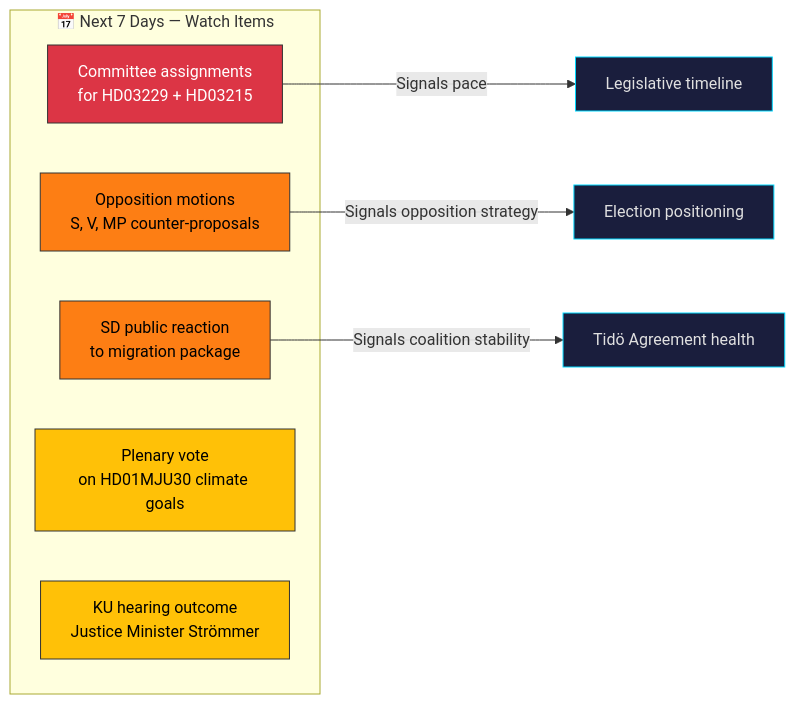
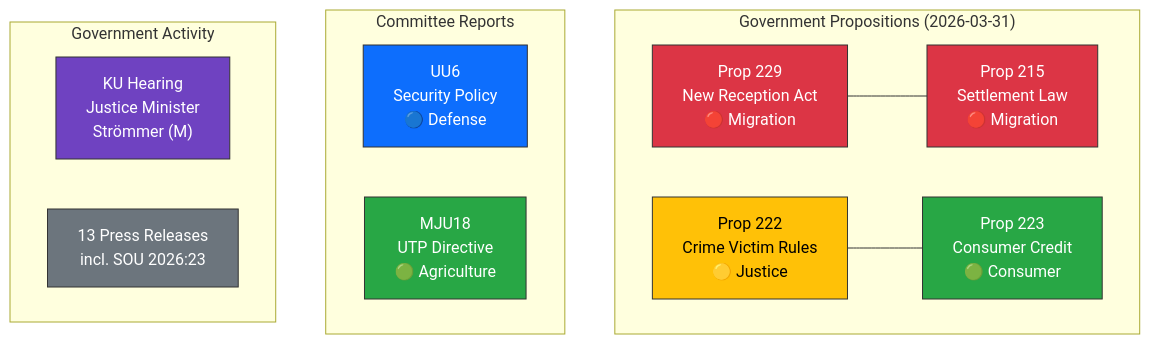
Before and after one commit to Hack23/riksdagsmonitor: the diagram in analysis/daily/2026-03-31/synthesis-summary.md, drawn with Mermaid. The commit also changed other lines of this file and 16 other files, not shown here.

````diff
--- a/analysis/daily/2026-03-31/synthesis-summary.md
+++ b/analysis/daily/2026-03-31/synthesis-summary.md
@@ -84,23 +18,27 @@
 ```mermaid
-graph LR
-    subgraph "📅 Next 7 Days — Watch Items"
-        W1["Committee assignments<br/>for HD03229 + HD03215"]
-        W2["Opposition motions<br/>S, V, MP counter-proposals"]
-        W3["SD public reaction<br/>to migration package"]
-        W4["Plenary vote<br/>on HD01MJU30 climate goals"]
-        W5["KU hearing outcome<br/>Justice Minister Strömmer"]
+graph TD
+    subgraph "Government Propositions (2026-03-31)"
+        P229["Prop 229<br/>New Reception Act<br/>🔴 Migration"]
+        P215["Prop 215<br/>Settlement Law<br/>🔴 Migration"]
+        P222["Prop 222<br/>Crime Victim Rules<br/>🟡 Justice"]
+        P223["Prop 223<br/>Consumer Credit<br/>🟢 Consumer"]
     end
-
-    W1 --> |"Signals pace"| T1["Legislative timeline"]
-    W2 --> |"Signals opposition strategy"| T2["Election positioning"]
-    W3 --> |"Signals coalition stability"| T3["Tidö Agreement health"]
-
-    style W1 fill:#dc3545,stroke:#333,color:#fff
-    style W2 fill:#fd7e14,stroke:#333,color:#000
-    style W3 fill:#fd7e14,stroke:#333,color:#000
-    style W4 fill:#ffc107,stroke:#333,color:#000
-    style W5 fill:#ffc107,stroke:#333,color:#000
-    style T1 fill:#1a1e3d,stroke:#00d9ff,color:#e0e0e0
-    style T2 fill:#1a1e3d,stroke:#00d9ff,color:#e0e0e0
-    style T3 fill:#1a1e3d,stroke:#00d9ff,color:#e0e0e0
+    subgraph "Committee Reports"
+        UU6["UU6<br/>Security Policy<br/>🔵 Defense"]
+        MJU18["MJU18<br/>UTP Directive<br/>🟢 Agriculture"]
+    end
+    subgraph "Government Activity"
+        KU["KU Hearing<br/>Justice Minister<br/>Strömmer (M)"]
+        GOV["13 Press Releases<br/>incl. SOU 2026:23"]
+    end
+    P229 --- P215
+    P222 --- P223
+    style P229 fill:#dc3545,stroke:#333,color:#fff
+    style P215 fill:#dc3545,stroke:#333,color:#fff
+    style P222 fill:#ffc107,stroke:#333,color:#000
+    style P223 fill:#28a745,stroke:#333,color:#fff
+    style UU6 fill:#0d6efd,stroke:#333,color:#fff
+    style MJU18 fill:#28a745,stroke:#333,color:#fff
+    style KU fill:#6f42c1,stroke:#333,color:#fff
+    style GOV fill:#6c757d,stroke:#333,color:#fff
 ```
````
